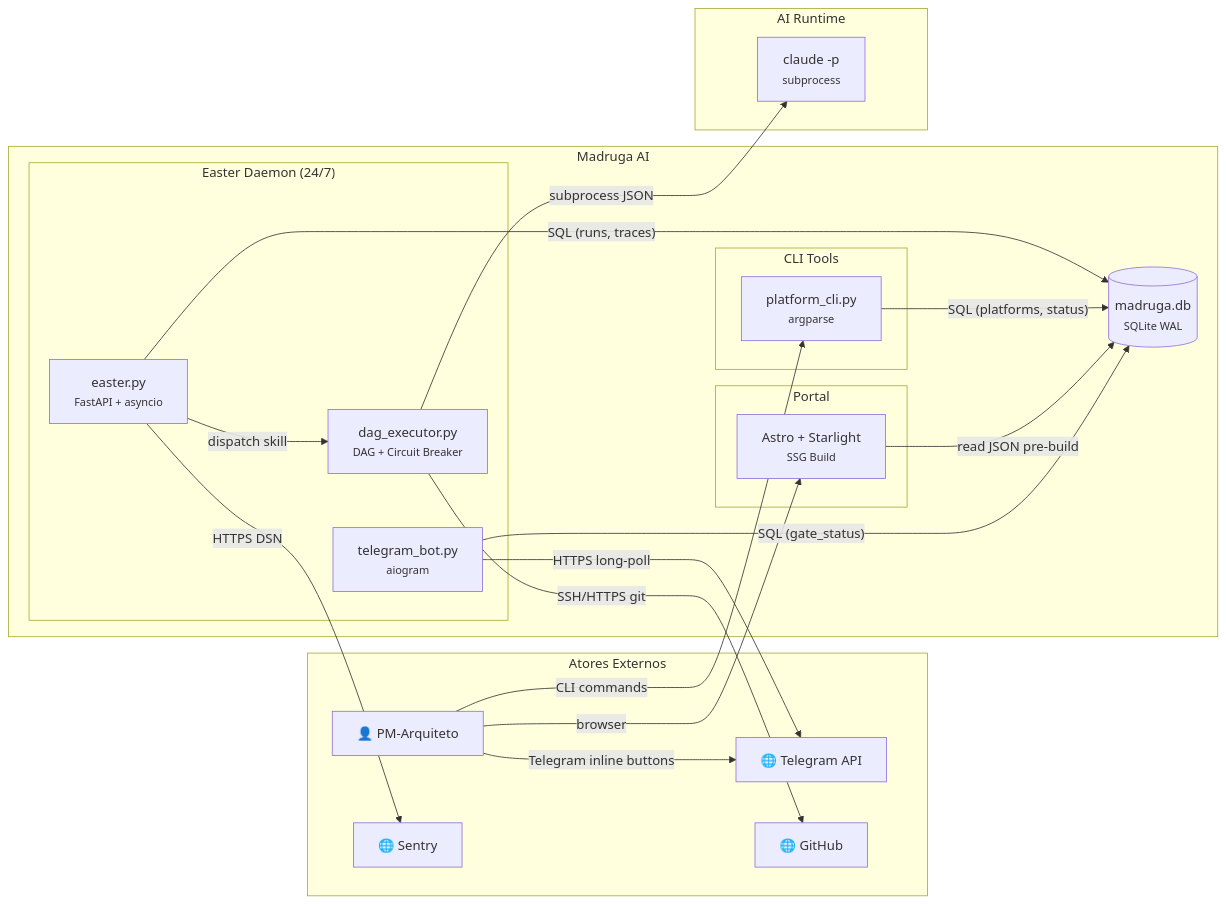
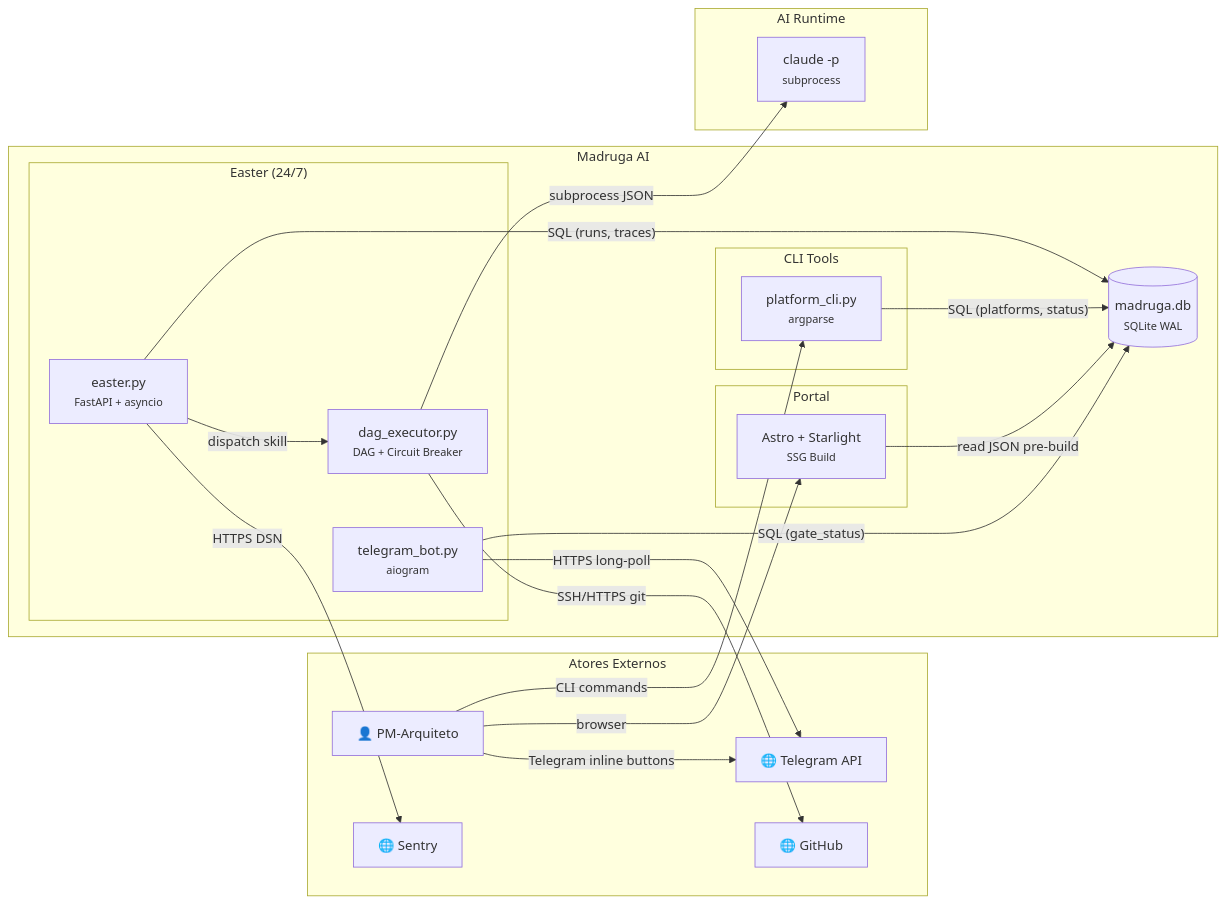
The diagram in platforms/madruga-ai/engineering/containers.md (paceautomations/madruga.ai), drawn with Mermaid before and after one commit. The commit also changed other lines of this file and 46 other files, not shown here.

````diff
--- a/platforms/madruga-ai/engineering/containers.md
+++ b/platforms/madruga-ai/engineering/containers.md
@@ -13,45 +17,45 @@
 ```mermaid
 graph LR
     subgraph ext["Atores Externos"]
         Arch["👤 PM-Arquiteto"]
         TG["🌐 Telegram API"]
         Sentry["🌐 Sentry"]
         GH["🌐 GitHub"]
     end
 
     subgraph madruga["Madruga AI"]
-        subgraph daemon["Easter Daemon (24/7)"]
+        subgraph easter["Easter (24/7)"]
             Easter["easter.py<br/><small>FastAPI + asyncio</small>"]
             DAG["dag_executor.py<br/><small>DAG + Circuit Breaker</small>"]
             TBot["telegram_bot.py<br/><small>aiogram</small>"]
         end
 
         subgraph cli["CLI Tools"]
             CLI["platform_cli.py<br/><small>argparse</small>"]
         end
 
         subgraph portal["Portal"]
             Astro["Astro + Starlight<br/><small>SSG Build</small>"]
         end
 
         DB[("madruga.db<br/><small>SQLite WAL</small>")]
     end
 
     subgraph ai["AI Runtime"]
         Claude["claude -p<br/><small>subprocess</small>"]
     end
 
     Arch -->|"CLI commands"| CLI
     Arch -->|"browser"| Astro
     Arch -->|"Telegram inline buttons"| TG
 
     Easter -->|"dispatch skill"| DAG
     DAG -->|"subprocess JSON"| Claude
     Easter -->|"SQL (runs, traces)"| DB
     CLI -->|"SQL (platforms, status)"| DB
     Astro -->|"read JSON pre-build"| DB
     TBot -->|"HTTPS long-poll"| TG
     TBot -->|"SQL (gate_status)"| DB
     Easter -->|"HTTPS DSN"| Sentry
     DAG -->|"SSH/HTTPS git"| GH
 ```
````
